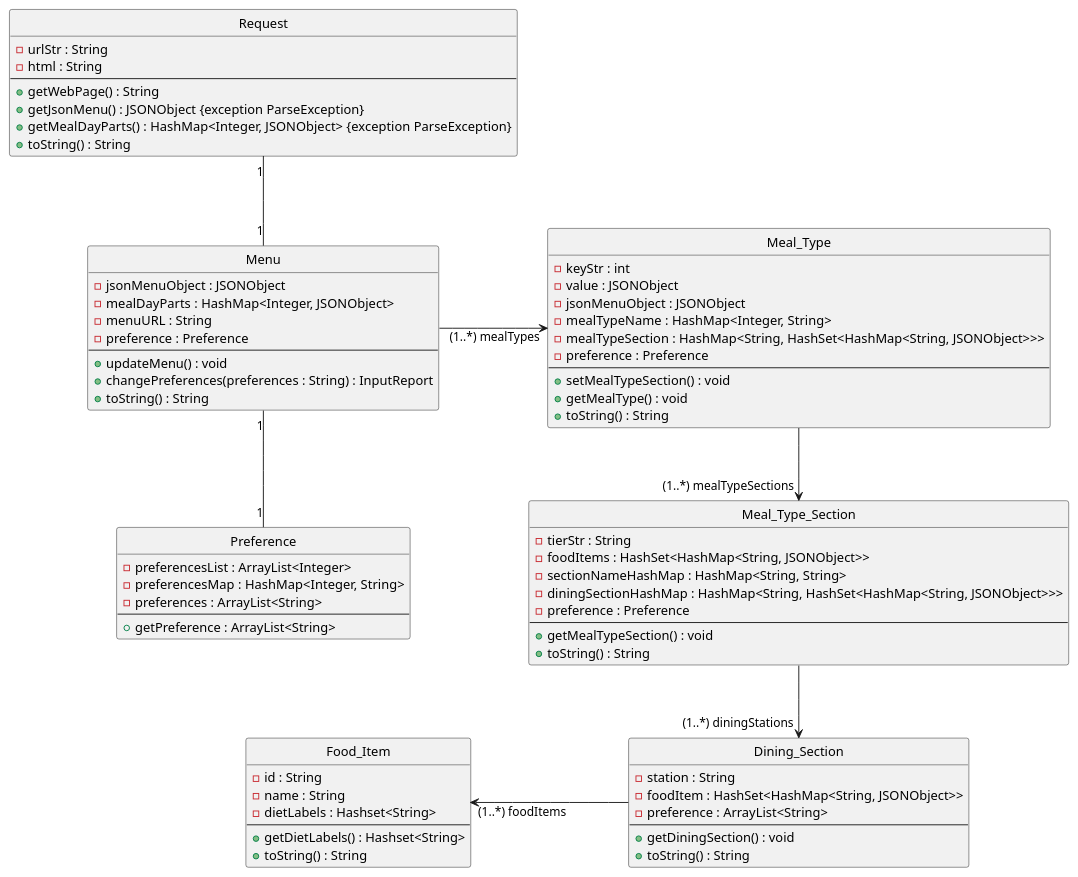
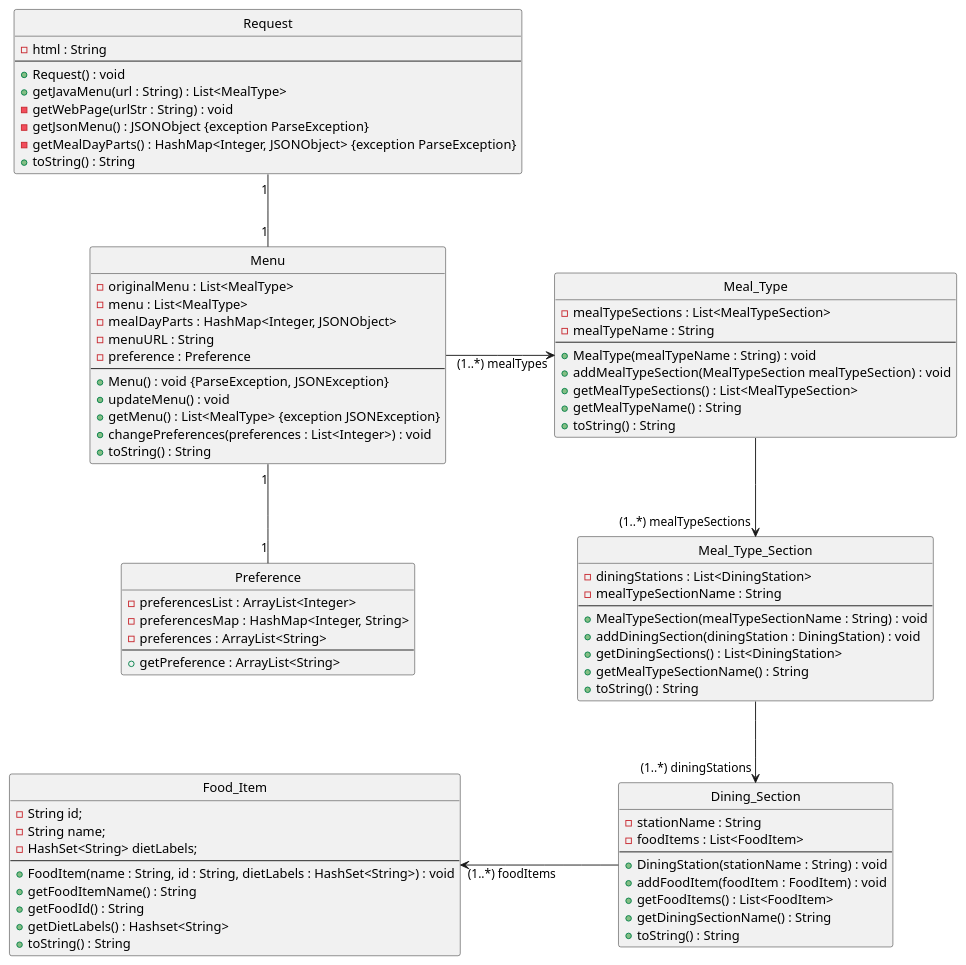
One commit to EzekielEkanem/team-1d changed the diagram in intellij/doc/class-diagram.md. Above: the diagram before and after it, drawn with PlantUML. The commit also changed 7 other files, not shown here.

Commit message:
Updated class and sequence diagrams

```diff
--- a/intellij/doc/class-diagram.md
+++ b/intellij/doc/class-diagram.md
@@ -5,32 +5,39 @@
 
 ' classes
 class Menu{
--jsonMenuObject : JSONObject
+-originalMenu : List<MealType>
+-menu : List<MealType>
 -mealDayParts : HashMap<Integer, JSONObject>
 -menuURL : String
 -preference : Preference
 --
++Menu() : void {ParseException, JSONException}
 +updateMenu() : void
-+changePreferences(preferences : String) : InputReport
++getMenu() : List<MealType> {exception JSONException}
++changePreferences(preferences : List<Integer>) : void
 +toString() : String
 }
 
 class Food_Item{
--id : String
--name : String
--dietLabels : Hashset<String>
+-String id;
+-String name;
+-HashSet<String> dietLabels;
 --
++FoodItem(name : String, id : String, dietLabels : HashSet<String>) : void 
++getFoodItemName() : String
++getFoodId() : String
 +getDietLabels() : Hashset<String> 
 +toString() : String
 }
 
 class Request{
--urlStr : String
 -html : String
 --
-+getWebPage() : String
-+getJsonMenu() : JSONObject {exception ParseException}
-+getMealDayParts() : HashMap<Integer, JSONObject> {exception ParseException}
++Request() : void
++getJavaMenu(url : String) : List<MealType>
+-getWebPage(urlStr : String) : void
+-getJsonMenu() : JSONObject {exception ParseException}
+-getMealDayParts() : HashMap<Integer, JSONObject> {exception ParseException}
 +toString() : String
 }
 
@@ -43,35 +50,35 @@
 }
 
 class Meal_Type {
--keyStr : int
--value : JSONObject
--jsonMenuObject : JSONObject
--mealTypeName : HashMap<Integer, String>
--mealTypeSection : HashMap<String, HashSet<HashMap<String, JSONObject>>>
--preference : Preference
+-mealTypeSections : List<MealTypeSection>
+-mealTypeName : String
 --
-+setMealTypeSection() : void
-+getMealType() : void
++MealType(mealTypeName : String) : void
++addMealTypeSection(MealTypeSection mealTypeSection) : void
++getMealTypeSections() : List<MealTypeSection>
++getMealTypeName() : String
 +toString() : String
 }
 
 class Meal_Type_Section {
--tierStr : String
--foodItems : HashSet<HashMap<String, JSONObject>>
--sectionNameHashMap : HashMap<String, String>
--diningSectionHashMap : HashMap<String, HashSet<HashMap<String, JSONObject>>>
--preference : Preference
+-diningStations : List<DiningStation>
+-mealTypeSectionName : String
 --
-+getMealTypeSection() : void
++MealTypeSection(mealTypeSectionName : String) : void
++addDiningSection(diningStation : DiningStation) : void
++getDiningSections() : List<DiningStation>
++getMealTypeSectionName() : String
 +toString() : String
 }
 
 class Dining_Section {
--station : String
--foodItem : HashSet<HashMap<String, JSONObject>>
--preference : ArrayList<String>
+-stationName : String
+-foodItems : List<FoodItem>
 --
-+getDiningSection() : void
++DiningStation(stationName : String) : void
++addFoodItem(foodItem : FoodItem) : void
++getFoodItems() : List<FoodItem>
++getDiningSectionName() : String
 +toString() : String
 }
 
```
